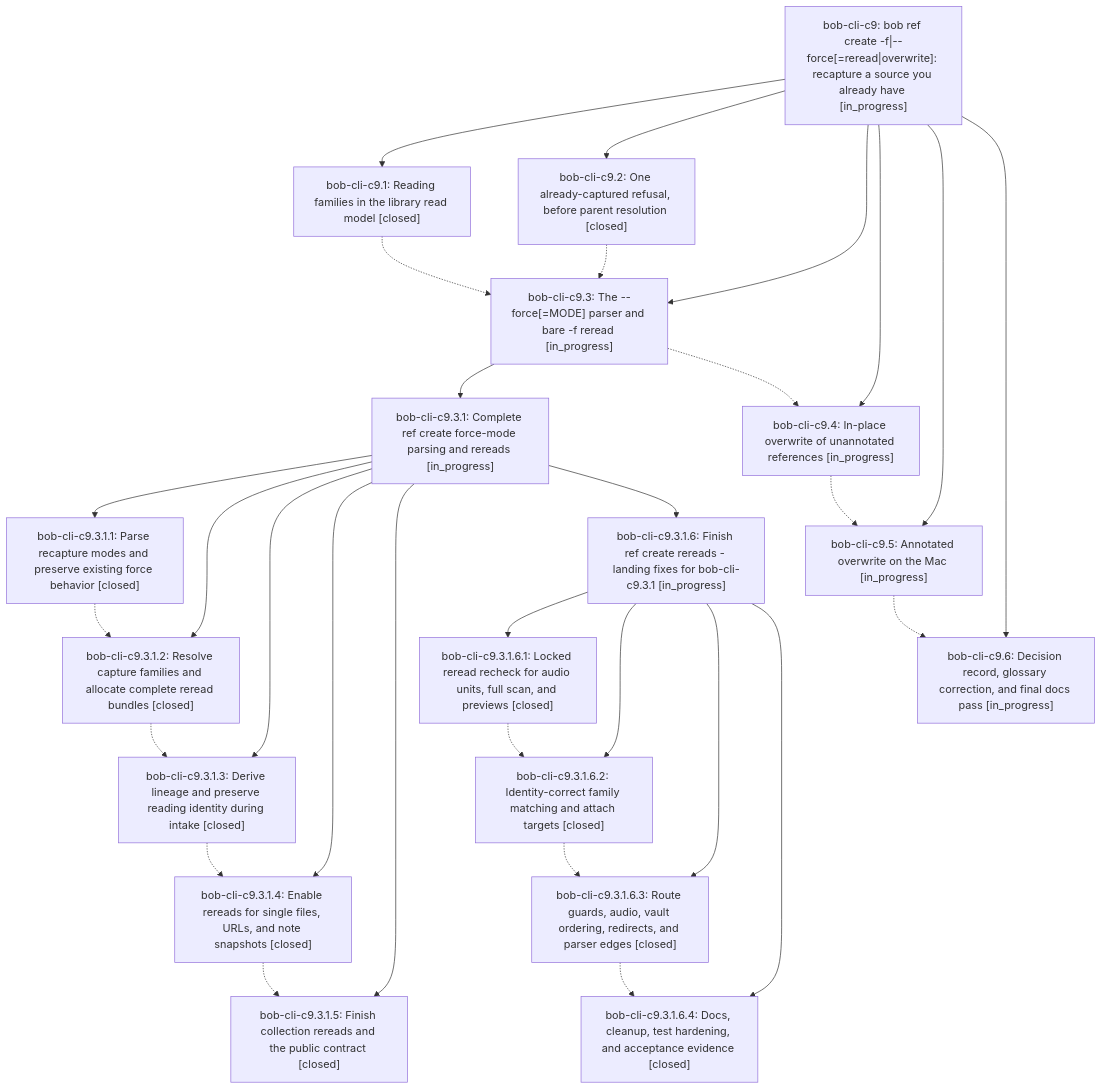
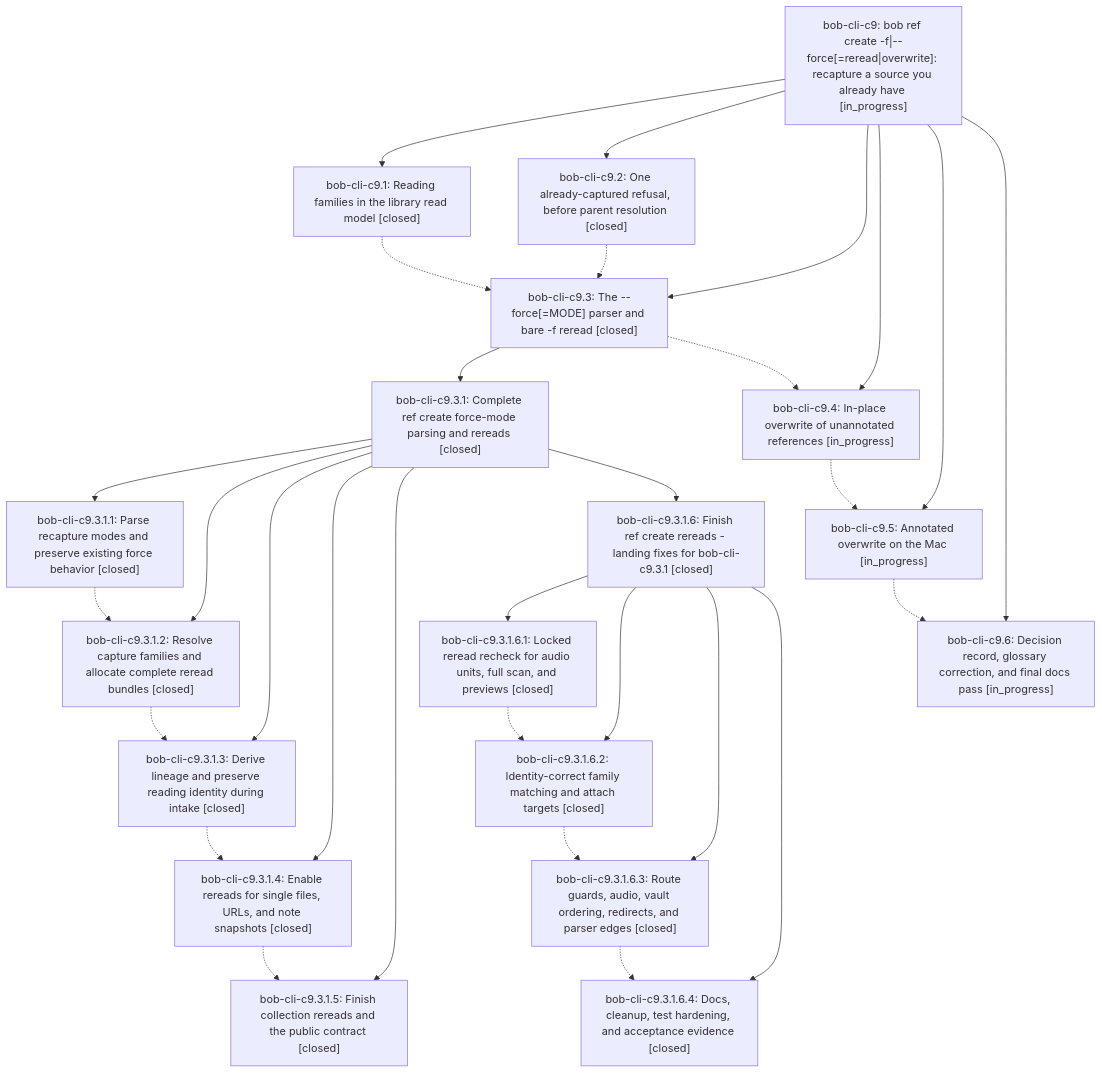
One commit to bobs-org/bob-cli--beads changed the diagram in pages/bob-cli-c9/README.md. Above: the diagram before and after it, drawn with Mermaid. The commit also changed other lines of this file and 8 other files, not shown here.

First line of the commit message:
chore(beads): sync bead state and pages for bob-cli-c9

````diff
--- a/pages/bob-cli-c9/README.md
+++ b/pages/bob-cli-c9/README.md
@@ -41,50 +41,50 @@
 ```mermaid
 flowchart TD
     n0["bob-cli-c9: bob ref create -f|--force[=reread|overwrite]: recapture a source you already have [in_progress]"]
     n1["bob-cli-c9.1: Reading families in the library read model [closed]"]
     n2["bob-cli-c9.2: One already-captured refusal, before parent resolution [closed]"]
-    n3["bob-cli-c9.3: The --force[=MODE] parser and bare -f reread [in_progress]"]
-    n4["bob-cli-c9.3.1: Complete ref create force-mode parsing and rereads [in_progress]"]
+    n3["bob-cli-c9.3: The --force[=MODE] parser and bare -f reread [closed]"]
+    n4["bob-cli-c9.3.1: Complete ref create force-mode parsing and rereads [closed]"]
     n5["bob-cli-c9.3.1.1: Parse recapture modes and preserve existing force behavior [closed]"]
     n6["bob-cli-c9.3.1.2: Resolve capture families and allocate complete reread bundles [closed]"]
     n7["bob-cli-c9.3.1.3: Derive lineage and preserve reading identity during intake [closed]"]
     n8["bob-cli-c9.3.1.4: Enable rereads for single files, URLs, and note snapshots [closed]"]
     n9["bob-cli-c9.3.1.5: Finish collection rereads and the public contract [closed]"]
-    n10["bob-cli-c9.3.1.6: Finish ref create rereads - landing fixes for bob-cli-c9.3.1 [in_progress]"]
+    n10["bob-cli-c9.3.1.6: Finish ref create rereads - landing fixes for bob-cli-c9.3.1 [closed]"]
     n11["bob-cli-c9.3.1.6.1: Locked reread recheck for audio units, full scan, and previews [closed]"]
     n12["bob-cli-c9.3.1.6.2: Identity-correct family matching and attach targets [closed]"]
     n13["bob-cli-c9.3.1.6.3: Route guards, audio, vault ordering, redirects, and parser edges [closed]"]
     n14["bob-cli-c9.3.1.6.4: Docs, cleanup, test hardening, and acceptance evidence [closed]"]
     n15["bob-cli-c9.4: In-place overwrite of unannotated references [in_progress]"]
     n16["bob-cli-c9.5: Annotated overwrite on the Mac [in_progress]"]
     n17["bob-cli-c9.6: Decision record, glossary correction, and final docs pass [in_progress]"]
     n0 --> n1
     n0 --> n2
     n0 --> n3
     n3 --> n4
     n4 --> n5
     n4 --> n6
     n4 --> n7
     n4 --> n8
     n4 --> n9
     n4 --> n10
     n10 --> n11
     n10 --> n12
     n10 --> n13
     n10 --> n14
     n0 --> n15
     n0 --> n16
     n0 --> n17
     n1 -.-> n3
     n2 -.-> n3
     n3 -.-> n15
     n5 -.-> n6
     n6 -.-> n7
     n7 -.-> n8
     n8 -.-> n9
     n11 -.-> n12
     n12 -.-> n13
     n13 -.-> n14
     n15 -.-> n16
     n16 -.-> n17
 ```
````
